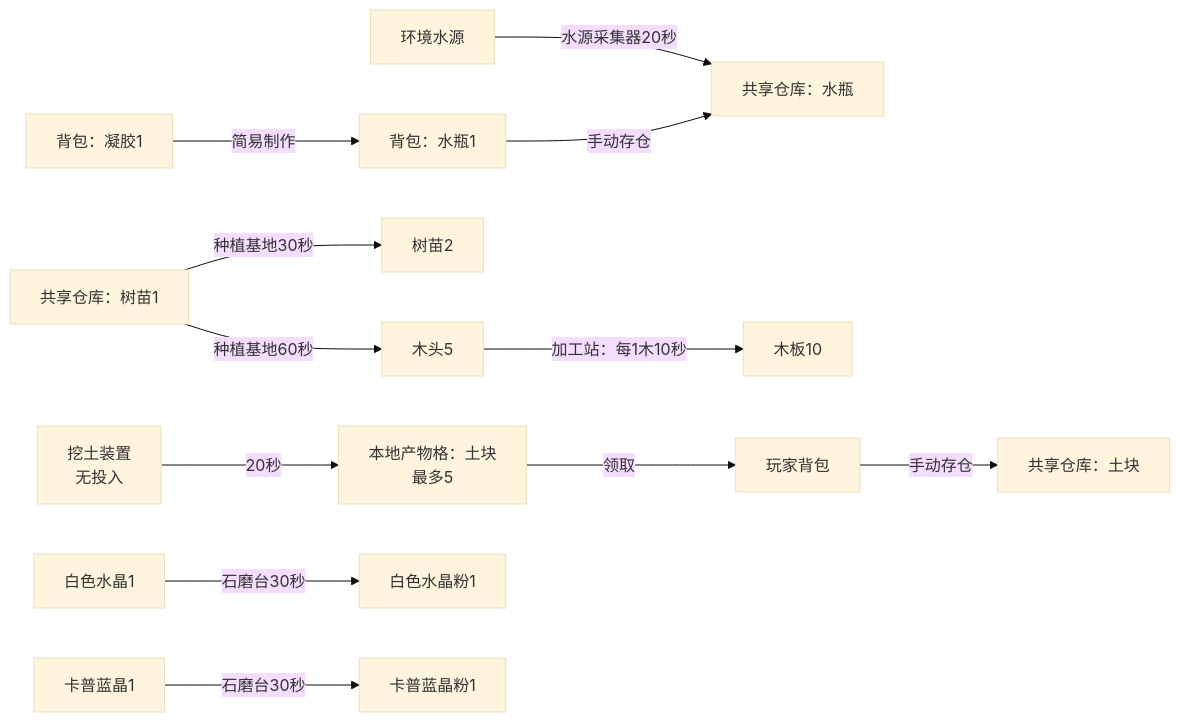
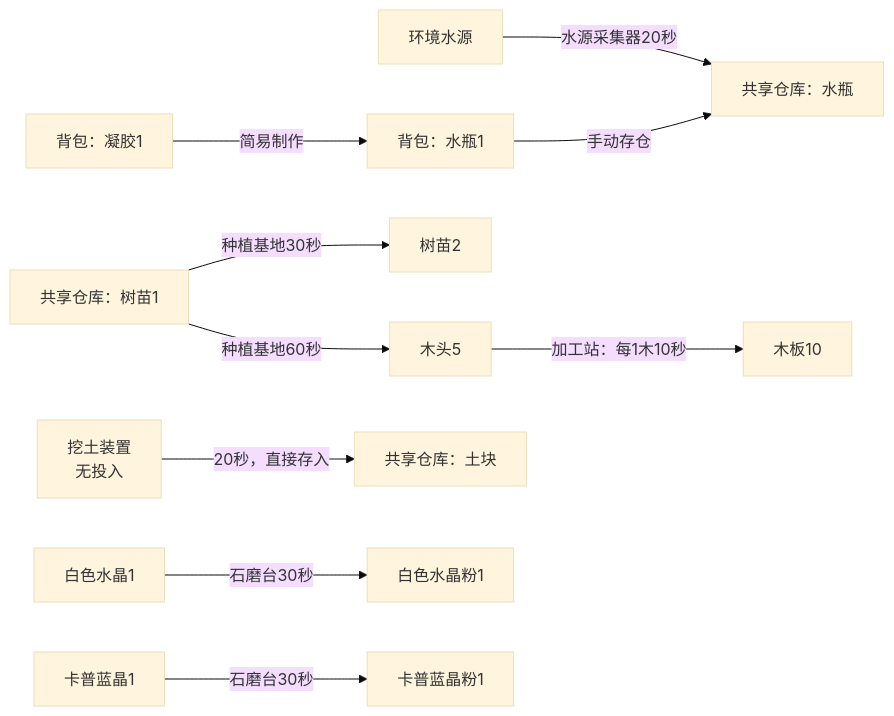
One commit to wanheng20031114/arc-nice changed the sixth of 9 diagrams in reports/tower_defense_production_flow.md. Above: the diagram before and after it, drawn with Mermaid (base theme). The commit also changed other lines of this file and 18 other files, not shown here.

````diff
--- a/reports/tower_defense_production_flow.md
+++ b/reports/tower_defense_production_flow.md
@@ -166,15 +166,14 @@
 ```mermaid
 flowchart LR
     Env["环境水源"] -->|"水源采集器20秒"| Water["共享仓库：水瓶"]
     Gel["背包：凝胶1"] -->|"简易制作"| WaterBag["背包：水瓶1"] -->|"手动存仓"| Water
 
     Sapling["共享仓库：树苗1"] -->|"种植基地30秒"| Sapling2["树苗2"]
     Sapling -->|"种植基地60秒"| Wood5["木头5"]
     Wood5 -->|"加工站：每1木10秒"| Plank10["木板10"]
 
-    Excavator["挖土装置<br/>无投入"] -->|"20秒"| Local["本地产物格：土块<br/>最多5"]
-    Local -->|"领取"| DirtBag["玩家背包"] -->|"手动存仓"| DirtStore["共享仓库：土块"]
+    Excavator["挖土装置<br/>无投入"] -->|"20秒，直接存入"| DirtStore["共享仓库：土块"]
 
     White["白色水晶1"] -->|"石磨台30秒"| WhitePowder["白色水晶粉1"]
     Blue["卡普蓝晶1"] -->|"石磨台30秒"| BluePowder["卡普蓝晶粉1"]
 ```
````
